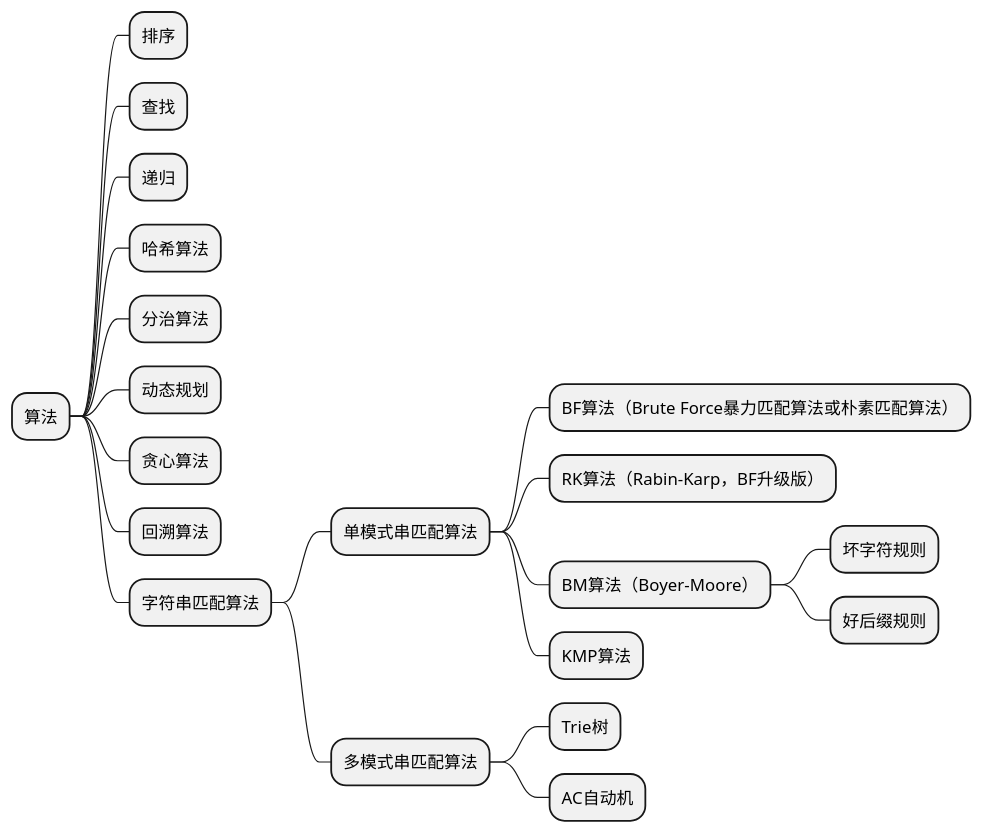
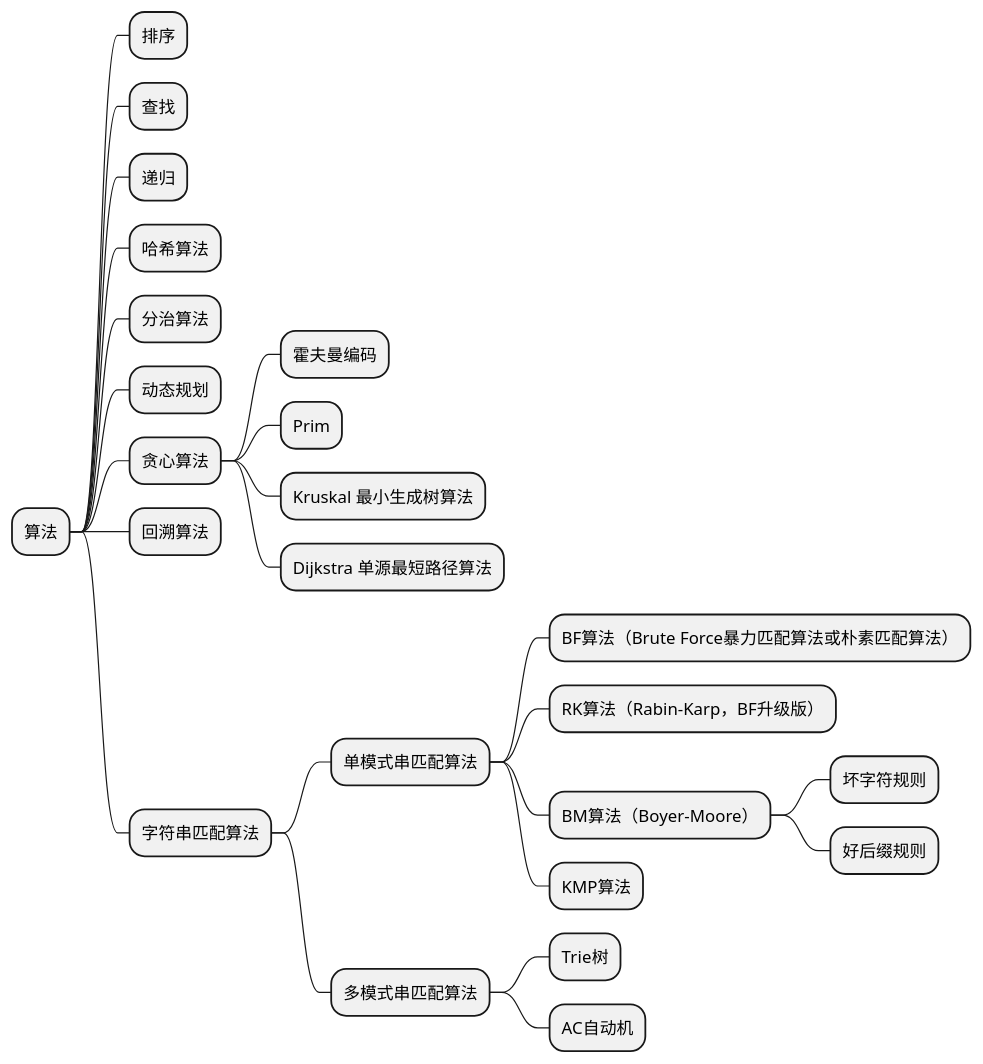
One commit to liangjunkaili/java changed the diagram in src/main/java/study20200825/algorithm.puml. Above: the diagram before and after it, drawn with PlantUML. The commit also changed 3 other files, not shown here.

```diff
--- a/src/main/java/study20200825/algorithm.puml
+++ b/src/main/java/study20200825/algorithm.puml
@@ -1,22 +1,26 @@
 @startmindmap
 * 算法
 ** 排序
 ** 查找
 ** 递归
 ** 哈希算法
 ** 分治算法
 ** 动态规划
 ** 贪心算法
+*** 霍夫曼编码
+*** Prim
+*** Kruskal 最小生成树算法
+*** Dijkstra 单源最短路径算法
 ** 回溯算法
 ** 字符串匹配算法
 *** 单模式串匹配算法
 **** BF算法（Brute Force暴力匹配算法或朴素匹配算法）
 **** RK算法（Rabin-Karp，BF升级版）
 **** BM算法（Boyer-Moore）
 ***** 坏字符规则
 ***** 好后缀规则
 **** KMP算法
 *** 多模式串匹配算法
 **** Trie树
 **** AC自动机
 @endmindmap
```
